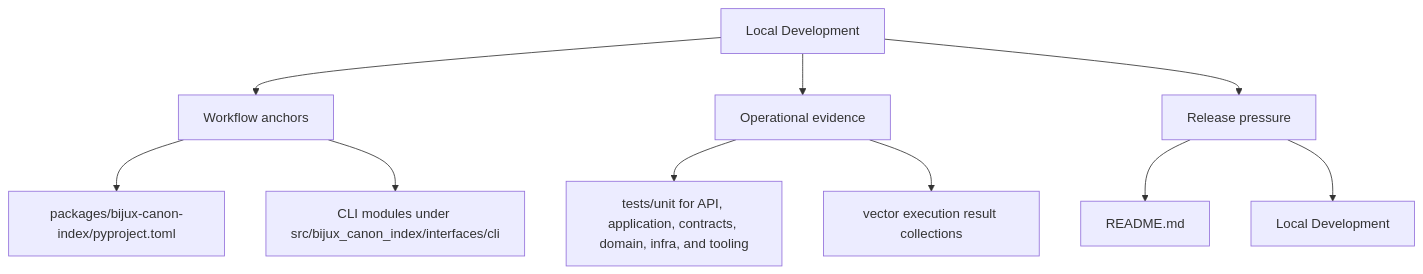
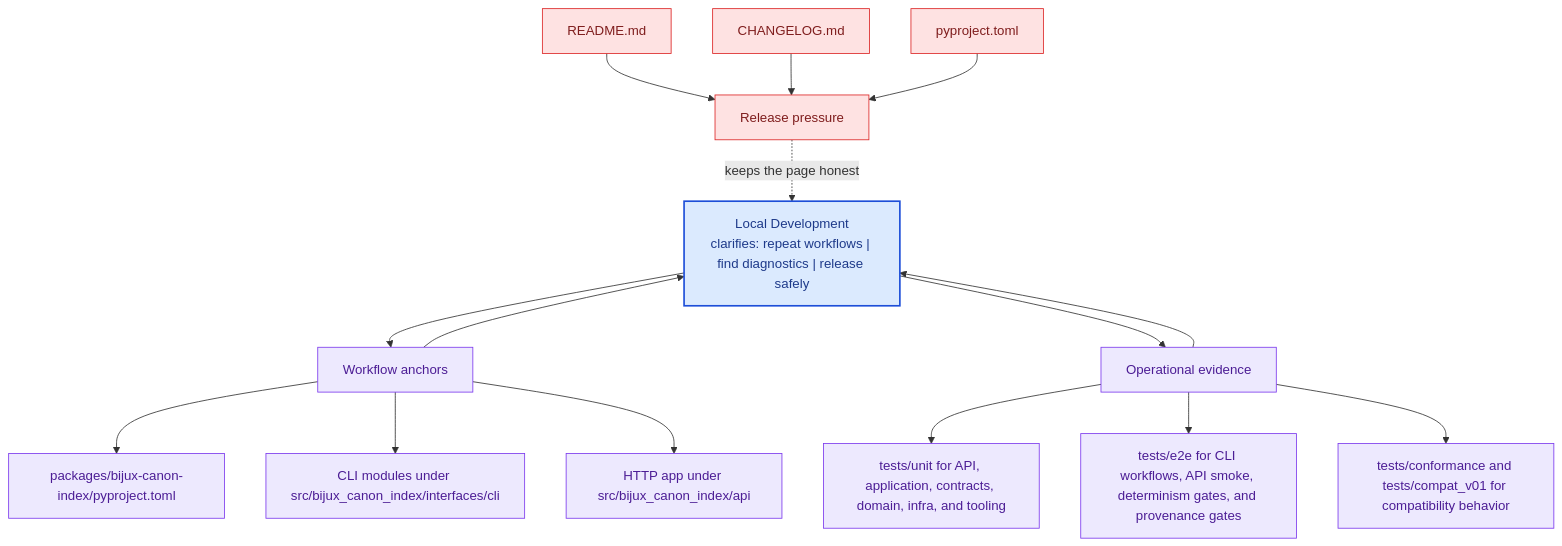
Before and after one commit to bijux/bijux-canon: the second of 2 diagrams in docs/bijux-canon-index/operations/local-development.md, drawn with Mermaid. The commit also changed other lines of this file and 281 other files, not shown here.

Commit message:
docs(diagrams): deepen handbook mermaid maps across the catalog

````diff
--- a/docs/bijux-canon-index/operations/local-development.md
+++ b/docs/bijux-canon-index/operations/local-development.md
@@ -35,22 +68,41 @@
 ```mermaid
-flowchart TD
-    page["Local Development"]
+flowchart TB
+    promise["Local Development<br/>clarifies: repeat workflows | find diagnostics | release safely"]
+    classDef promise fill:#dbeafe,stroke:#1d4ed8,color:#1e3a8a,stroke-width:2px;
+    classDef driver fill:#dcfce7,stroke:#16a34a,color:#14532d;
+    classDef constraint fill:#fee2e2,stroke:#dc2626,color:#7f1d1d;
+    classDef ground fill:#ede9fe,stroke:#7c3aed,color:#4c1d95;
     focus1["Workflow anchors"]
-    page --> focus1
+    focus1 --> promise
+    promise --> focus1
     focus1_1["packages/bijux-canon-index/pyproject.toml"]
     focus1 --> focus1_1
     focus1_2["CLI modules under src/bijux_canon_index/interfaces/cli"]
     focus1 --> focus1_2
+    focus1_3["HTTP app under src/bijux_canon_index/api"]
+    focus1 --> focus1_3
+    class focus1 ground;
+    class focus1_1,focus1_2,focus1_3 ground;
     focus2["Operational evidence"]
-    page --> focus2
+    focus2 --> promise
+    promise --> focus2
     focus2_1["tests/unit for API, application, contracts, domain, infra, and tooling"]
     focus2 --> focus2_1
-    focus2_2["vector execution result collections"]
+    focus2_2["tests/e2e for CLI workflows, API smoke, determinism gates, and provenance gates"]
     focus2 --> focus2_2
+    focus2_3["tests/conformance and tests/compat_v01 for compatibility behavior"]
+    focus2 --> focus2_3
+    class focus2 ground;
+    class focus2_1,focus2_2,focus2_3 ground;
     focus3["Release pressure"]
-    page --> focus3
+    focus3 -.keeps the page honest.-> promise
     focus3_1["README.md"]
-    focus3 --> focus3_1
-    focus3_2["Local Development"]
-    focus3 --> focus3_2
+    focus3_1 --> focus3
+    focus3_2["CHANGELOG.md"]
+    focus3_2 --> focus3
+    focus3_3["pyproject.toml"]
+    focus3_3 --> focus3
+    class focus3 constraint;
+    class focus3_1,focus3_2,focus3_3 constraint;
+    class promise promise;
 ```
````
